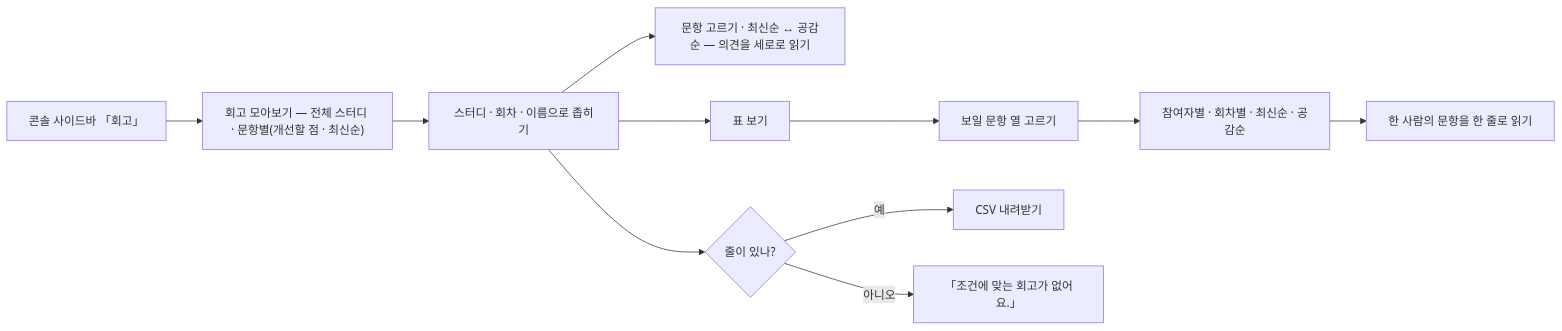
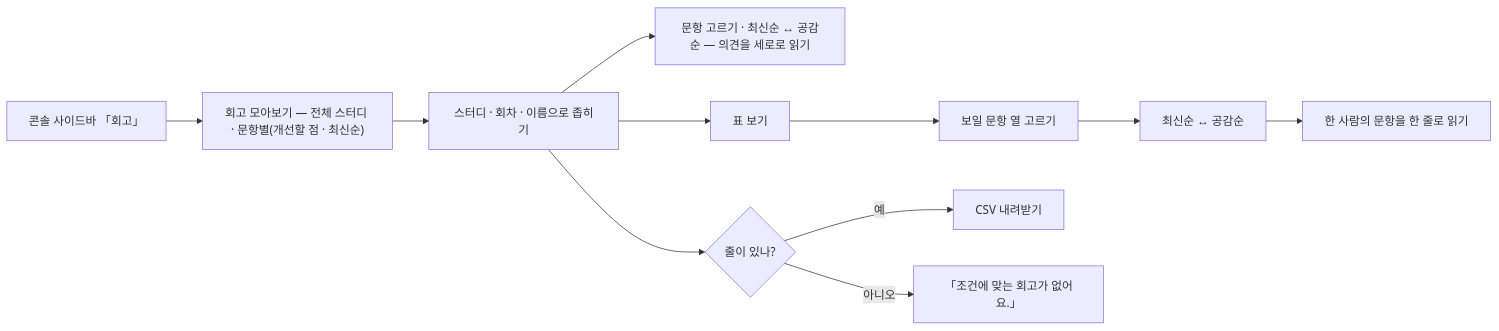
Before and after one commit to StudyClub-PlusPlus/studyclub-engineering: the diagram in 01-planning/stories/captain-collect-meeting-retros/PRD.md, drawn with Mermaid. The commit also changed other lines of this file and 3 other files, not shown here.

First line of the commit message:
feat(playground): 회고 모아보기 표 — 참여자별 · 회차별 묶기를 빼고 최신순(기본) · 공감순만

````diff
--- a/01-planning/stories/captain-collect-meeting-retros/PRD.md
+++ b/01-planning/stories/captain-collect-meeting-retros/PRD.md
@@ -11,13 +11,13 @@
 ```mermaid
 flowchart LR
   A["콘솔 사이드바 「회고」"] --> B["회고 모아보기 — 전체 스터디 · 문항별(개선할 점 · 최신순)"]
   B --> C["스터디 · 회차 · 이름으로 좁히기"]
   C --> Q["문항 고르기 · 최신순 ↔ 공감순 — 의견을 세로로 읽기"]
   C --> T["표 보기"]
   T --> K["보일 문항 열 고르기"]
-  K --> D["참여자별 · 회차별 · 최신순 · 공감순"]
+  K --> D["최신순 ↔ 공감순"]
   D --> E["한 사람의 문항을 한 줄로 읽기"]
   C --> F{"줄이 있나?"}
   F -->|예| G["CSV 내려받기"]
   F -->|아니오| H["「조건에 맞는 회고가 없어요.」"]
 ```
````
